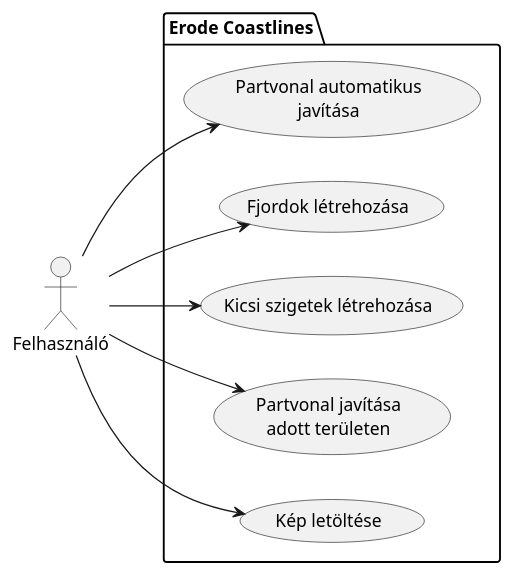
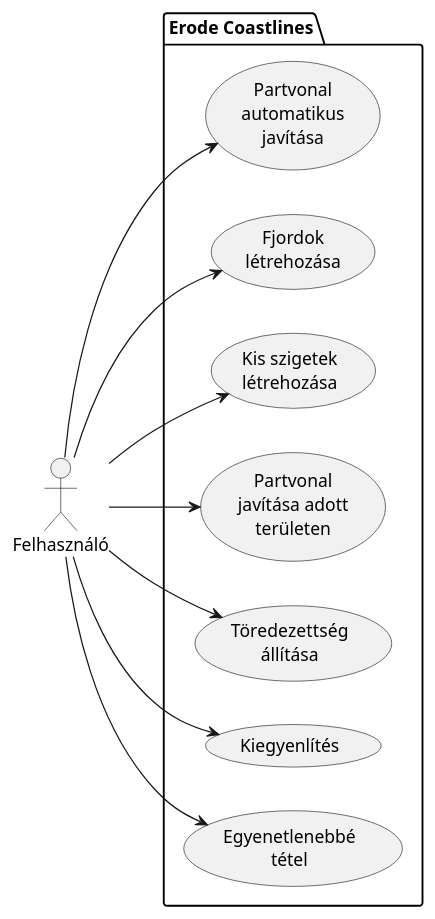
The diagram in documentation/erosion_diagram.md (JasonBlackth/img-to-map), drawn with PlantUML before and after one commit. The commit also changed 17 other files, not shown here.

```diff
--- a/documentation/erosion_diagram.md
+++ b/documentation/erosion_diagram.md
@@ -1,22 +1,27 @@
 @startuml
 
 left to right direction
 
 
 package "Erode Coastlines" as ErodeCoastlines{
-    usecase (E1) as "Partvonal automatikus\njavítása"
-    usecase (E2) as "Fjordok létrehozása"
-    usecase (E3) as "Kicsi szigetek létrehozása"
-    usecase (E4) as "Partvonal javítása\nadott területen"
-    usecase (E5) as "Kép letöltése"
+    usecase (E1) as "Partvonal\nautomatikus\njavítása"
+    usecase (E2) as "Fjordok\nlétrehozása"
+    usecase (E3) as "Kis szigetek\nlétrehozása"
+    usecase (E4) as "Partvonal\njavítása adott\nterületen"
+    usecase (E5) as "Töredezettség\nállítása"
+    usecase (E6) as "Kiegyenlítés"
+    usecase (E7) as "Egyenetlenebbé\ntétel"
+    
 }
 
 actor :Felhasználó: as User3
 
 User3 --> (E1)
 User3 --> (E2)
 User3 --> (E3)
 User3 --> (E4)
 User3 --> (E5)
+User3 --> (E6)
+User3 --> (E7)
 
 @enduml
```
